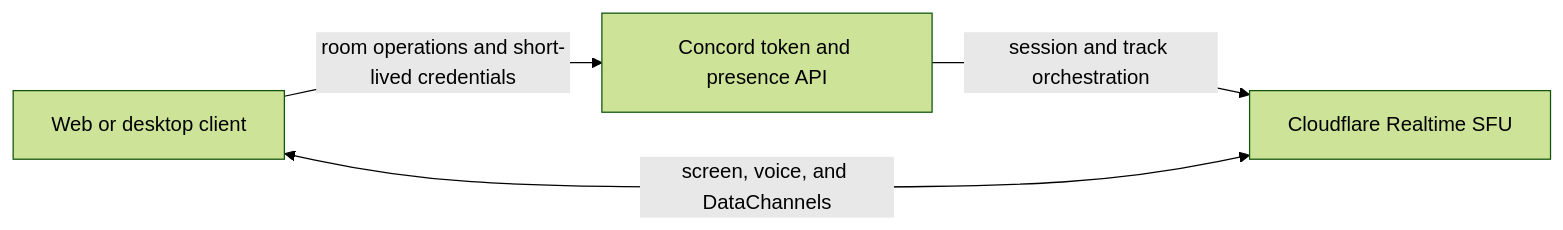
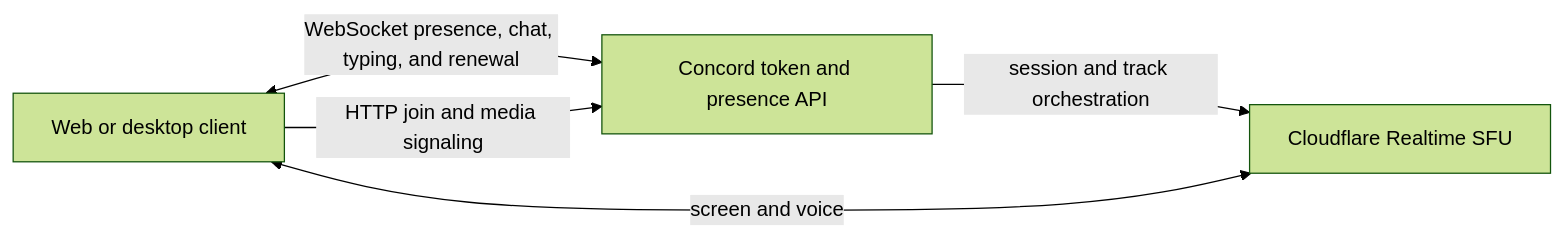
Before and after one commit to Jovem-Blood/Concord: the diagram in README.md, drawn with Mermaid (forest theme). The commit also changed other lines of this file and 52 other files, not shown here.

````diff
--- a/README.md
+++ b/README.md
@@ -59,10 +60,11 @@
 ```mermaid
 flowchart LR
   Client[Web or desktop client]
   API[Concord token and presence API]
   SFU[Cloudflare Realtime SFU]
 
-  Client -->|room operations and short-lived credentials| API
+  Client <-->|WebSocket presence, chat, typing, and renewal| API
+  Client -->|HTTP join and media signaling| API
   API -->|session and track orchestration| SFU
-  Client <-->|screen, voice, and DataChannels| SFU
+  Client <-->|screen and voice| SFU
 ```
````
